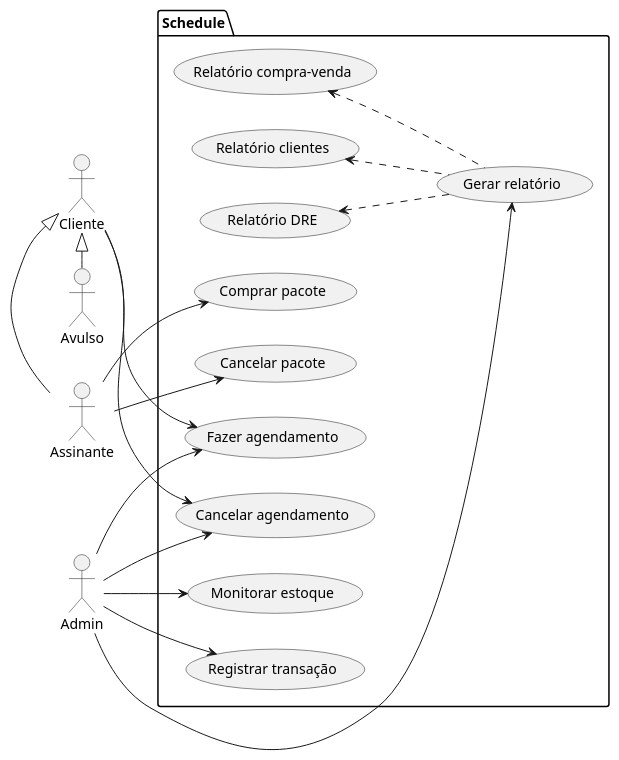
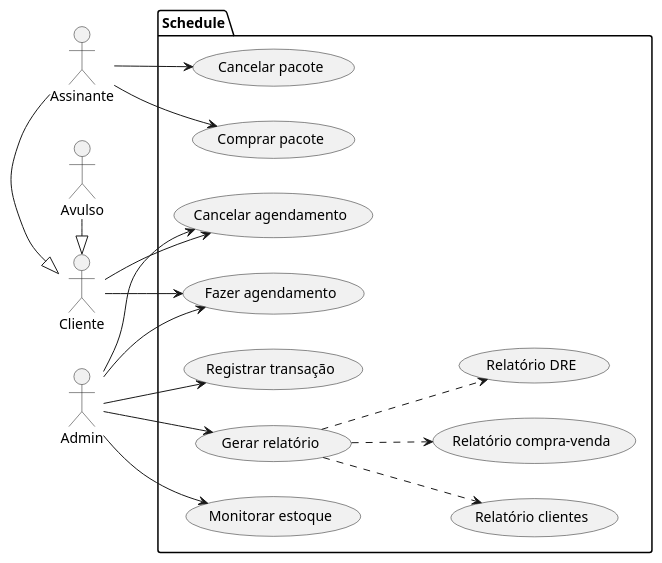
The diagram in Doc/CasoDeUso/CasosDeUso.puml (GabrielAlves027/ES2), drawn with PlantUML before and after one commit.

```diff
--- a/Doc/CasoDeUso/CasosDeUso.puml
+++ b/Doc/CasoDeUso/CasosDeUso.puml
@@ -1,33 +1,33 @@
-@startuml "use-cases"
+@startuml
 left to right direction
 actor Cliente as C
 actor Admin as A
 actor Assinante as S
 actor Avulso as V
 package Schedule{
   usecase "Fazer agendamento" as UC1
   usecase "Cancelar agendamento" as UC2
   usecase "Comprar pacote" as UC3
   usecase "Cancelar pacote" as UC4
   usecase "Monitorar estoque" as UC5
   usecase "Registrar transação" as UC6
   usecase "Gerar relatório" as UC7
   usecase "Relatório clientes" as UC8
   usecase "Relatório compra-venda" as UC9
   usecase "Relatório DRE" as UC10
 }
-C <|-right- S
-C <|-right- V
+C <|-left- S
+C <|-left- V
 A --> UC1
 A --> UC2
 A --> UC5
 A --> UC6
 A --> UC7
 S --> UC3
 S --> UC4
 C --> UC1
 C --> UC2
-(UC7) .up.> (UC8)
-(UC7) .up.> (UC9)
-(UC7) .up.> (UC10)
+(UC7) .down.> (UC8)
+(UC7) .down.> (UC9)
+(UC7) .down.> (UC10)
 @enduml
```
